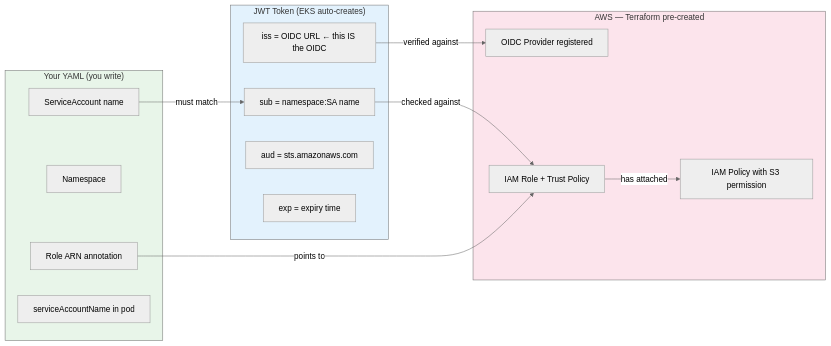
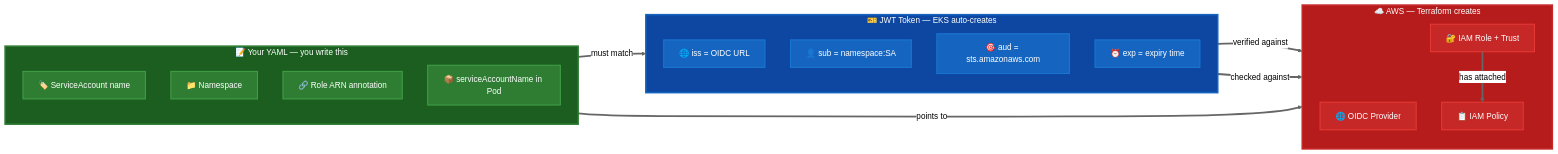
The third of 3 diagrams in docs/Eks_oidc_complete_guide_with_qa.md (selvakumarperumal/EKS_k8s_custom_template_with_Terraform), drawn with Mermaid (neutral theme) before and after one commit. The commit also changed other lines of this file, not shown here.

Commit message:
eks oidc flow diagram changes

````diff
--- a/docs/Eks_oidc_complete_guide_with_qa.md
+++ b/docs/Eks_oidc_complete_guide_with_qa.md
@@ -731,32 +727,47 @@
 ```mermaid
 flowchart LR
-    subgraph YAML["Your YAML (you write)"]
-        Y1[ServiceAccount name]
-        Y2[Namespace]
-        Y3[Role ARN annotation]
-        Y4[serviceAccountName in pod]
+    subgraph YAML["📝 Your YAML — you write this"]
+        direction TB
+        Y1["🏷️ ServiceAccount name"]
+        Y2["📁 Namespace"]
+        Y3["🔗 Role ARN annotation"]
+        Y4["📦 serviceAccountName in Pod"]
     end
 
-    subgraph TOKEN["JWT Token (EKS auto-creates)"]
-        T1["iss = OIDC URL ← this IS the OIDC"]
-        T2[sub = namespace:SA name]
-        T3[aud = sts.amazonaws.com]
-        T4[exp = expiry time]
+    subgraph TOKEN["🎫 JWT Token — EKS auto-creates"]
+        direction TB
+        T1["🌐 iss = OIDC URL"]
+        T2["👤 sub = namespace:SA"]
+        T3["🎯 aud = sts.amazonaws.com"]
+        T4["⏰ exp = expiry time"]
     end
 
-    subgraph AWS["AWS — Terraform pre-created"]
-        A1[OIDC Provider registered]
-        A2[IAM Role + Trust Policy]
-        A3[IAM Policy with S3 permission]
+    subgraph AWS["☁️ AWS — Terraform creates"]
+        direction TB
+        A1["🌐 OIDC Provider"]
+        A2["🔐 IAM Role + Trust"]
+        A3["📋 IAM Policy"]
     end
 
-    Y1 -->|must match| T2
-    Y3 -->|points to| A2
-    T1 -->|verified against| A1
-    T2 -->|checked against| A2
-    A2 -->|has attached| A3
+    Y1 ==>|must match| T2
+    Y3 ==>|points to| A2
+    T1 ==>|verified against| A1
+    T2 ==>|checked against| A2
+    A2 ==>|has attached| A3
 
-    style YAML fill:#e8f5e9
-    style TOKEN fill:#e3f2fd
-    style AWS fill:#fce4ec
+    style YAML fill:#1b5e20,color:#fff,stroke:#2e7d32,stroke-width:3px
+    style TOKEN fill:#0d47a1,color:#fff,stroke:#1565c0,stroke-width:3px
+    style AWS fill:#b71c1c,color:#fff,stroke:#c62828,stroke-width:3px
+
+    style Y1 fill:#2e7d32,color:#fff,stroke:#43a047,stroke-width:2px
+    style Y2 fill:#2e7d32,color:#fff,stroke:#43a047,stroke-width:2px
+    style Y3 fill:#2e7d32,color:#fff,stroke:#43a047,stroke-width:2px
+    style Y4 fill:#2e7d32,color:#fff,stroke:#43a047,stroke-width:2px
+    style T1 fill:#1565c0,color:#fff,stroke:#1976d2,stroke-width:2px
+    style T2 fill:#1565c0,color:#fff,stroke:#1976d2,stroke-width:2px
+    style T3 fill:#1565c0,color:#fff,stroke:#1976d2,stroke-width:2px
+    style T4 fill:#1565c0,color:#fff,stroke:#1976d2,stroke-width:2px
+    style A1 fill:#c62828,color:#fff,stroke:#e53935,stroke-width:2px
+    style A2 fill:#c62828,color:#fff,stroke:#e53935,stroke-width:2px
+    style A3 fill:#c62828,color:#fff,stroke:#e53935,stroke-width:2px
 ```
````
